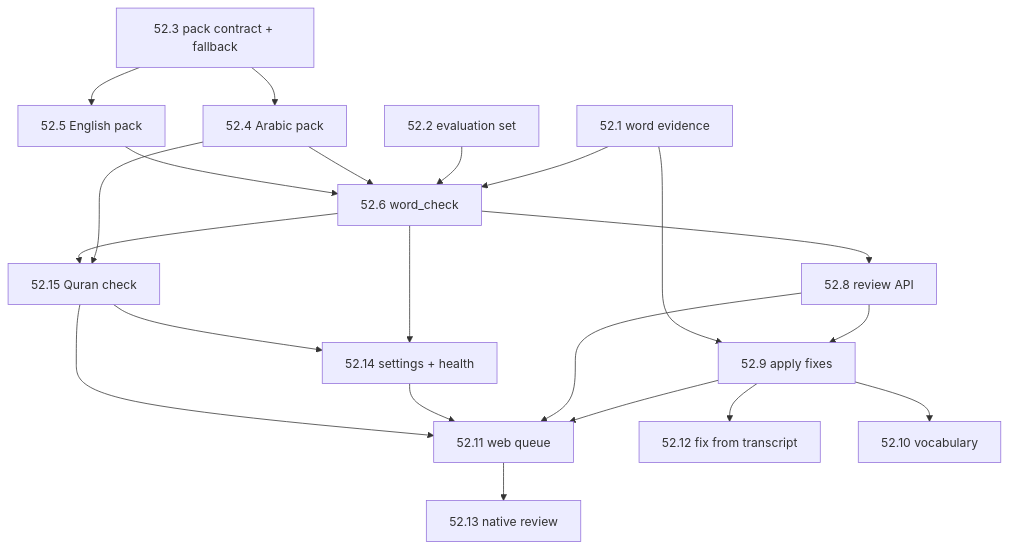
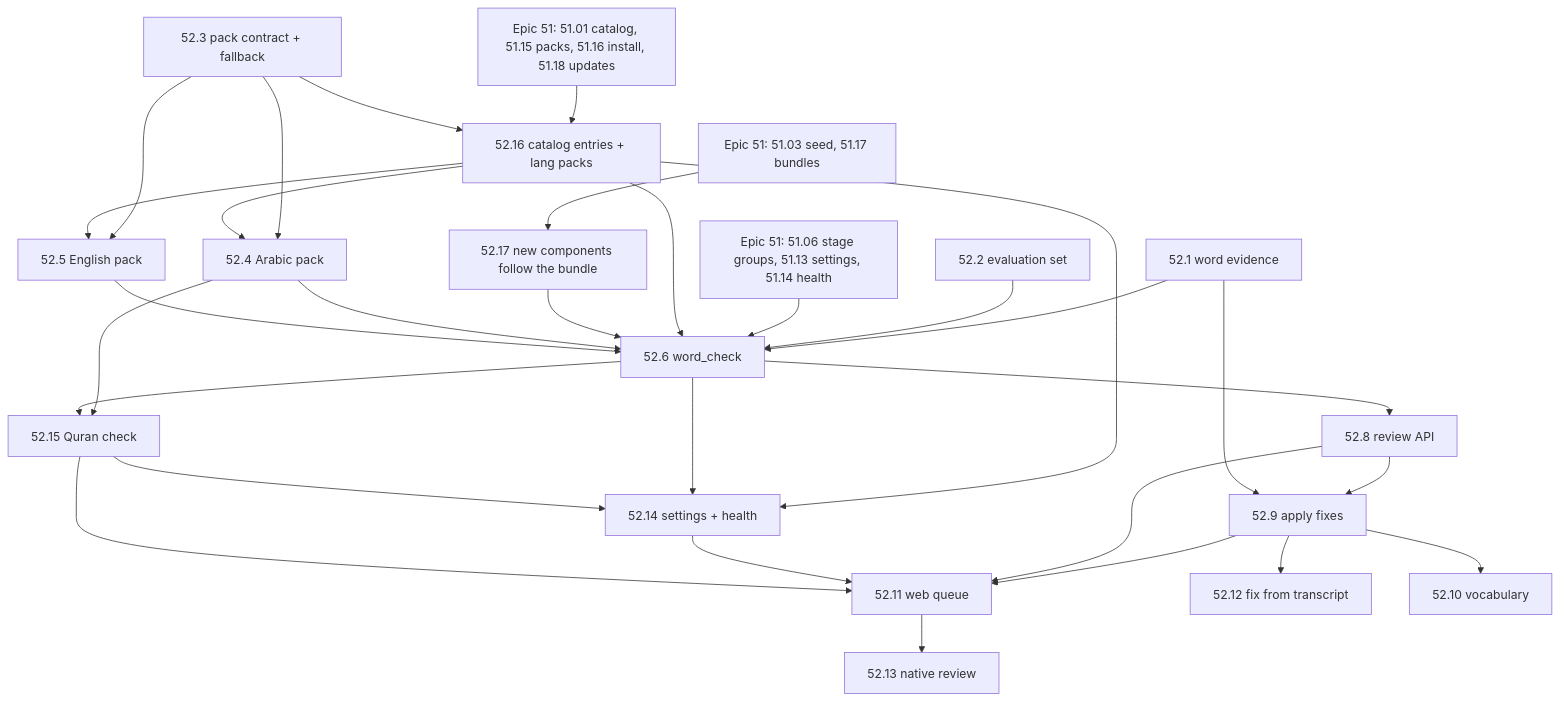
Before and after one commit to Hamza-Labs-Core/Maktaba: the diagram in specs/epics/52-transcript-word-review/plan.md, drawn with Mermaid. The commit also changed other lines of this file and 88 other files, not shown here.

````diff
--- a/specs/epics/52-transcript-word-review/plan.md
+++ b/specs/epics/52-transcript-word-review/plan.md
@@ -9,23 +9,32 @@
 ```mermaid
 graph TD
   S1[52.1 word evidence] --> S6[52.6 word_check]
   S2[52.2 evaluation set] --> S6
   S3[52.3 pack contract + fallback] --> S4[52.4 Arabic pack]
   S3 --> S5[52.5 English pack]
+  E51a[Epic 51: 51.01 catalog, 51.15 packs, 51.16 install, 51.18 updates] --> S16[52.16 catalog entries + lang packs]
+  E51b[Epic 51: 51.03 seed, 51.17 bundles] --> S17[52.17 new components follow the bundle]
+  E51c[Epic 51: 51.06 stage groups, 51.13 settings, 51.14 health] --> S6
+  S3 --> S16
+  S16 --> S4
+  S16 --> S5
+  S16 --> S6
+  S17 --> S6
+  S16 --> S14
   S4 --> S6
   S5 --> S6
   S6 --> S8[52.8 review API]
   S6 --> S14[52.14 settings + health]
   S8 --> S9[52.9 apply fixes]
   S1 --> S9
   S9 --> S11[52.11 web queue]
   S8 --> S11
   S14 --> S11
   S9 --> S12[52.12 fix from transcript]
   S9 --> S10[52.10 vocabulary]
   S4 --> S15[52.15 Quran check]
   S6 --> S15
   S15 --> S11
   S15 --> S14
   S11 --> S13[52.13 native review]
 ```
````
